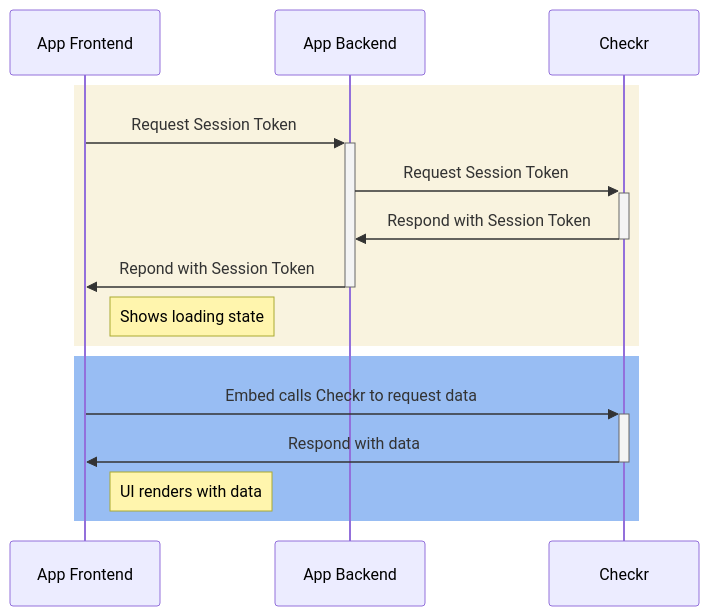
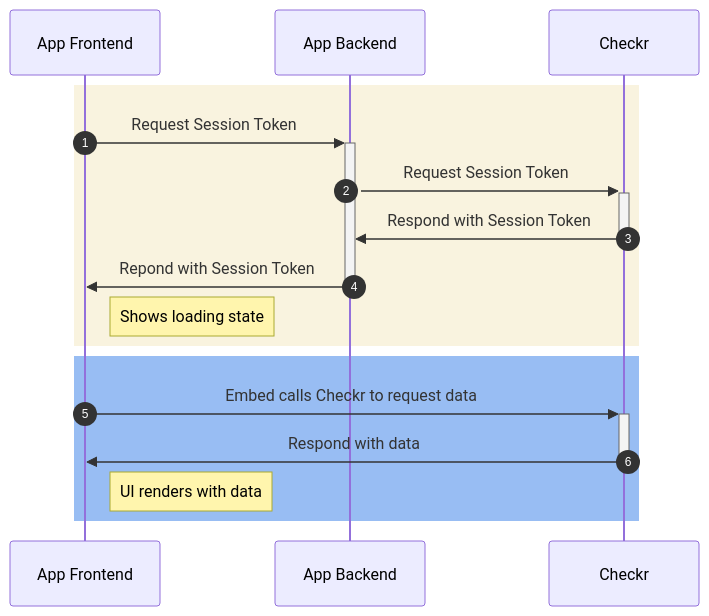
Before and after one commit to checkr/oauth-reference-integration: the second of 2 diagrams in README.md, drawn with Mermaid. The commit also changed other lines of this file, not shown here.

Commit message:
Cleanup diagrams

````diff
--- a/README.md
+++ b/README.md
@@ -86,15 +88,17 @@
 ```mermaid
 sequenceDiagram
+  autonumber
+
   rect rgb(249, 243, 223)
     App Frontend->>+App Backend: Request Session Token
     App Backend->>+Checkr: Request Session Token
     Checkr->>-App Backend: Respond with Session Token
     App Backend->>-App Frontend: Repond with Session Token
     Note right of App Frontend: Shows loading state
   end
   rect rgb(152, 189, 243)
     App Frontend->>+Checkr: Embed calls Checkr to request data
     Checkr->>-App Frontend: Respond with data
     Note right of App Frontend: UI renders with data
   end
 ```
````
